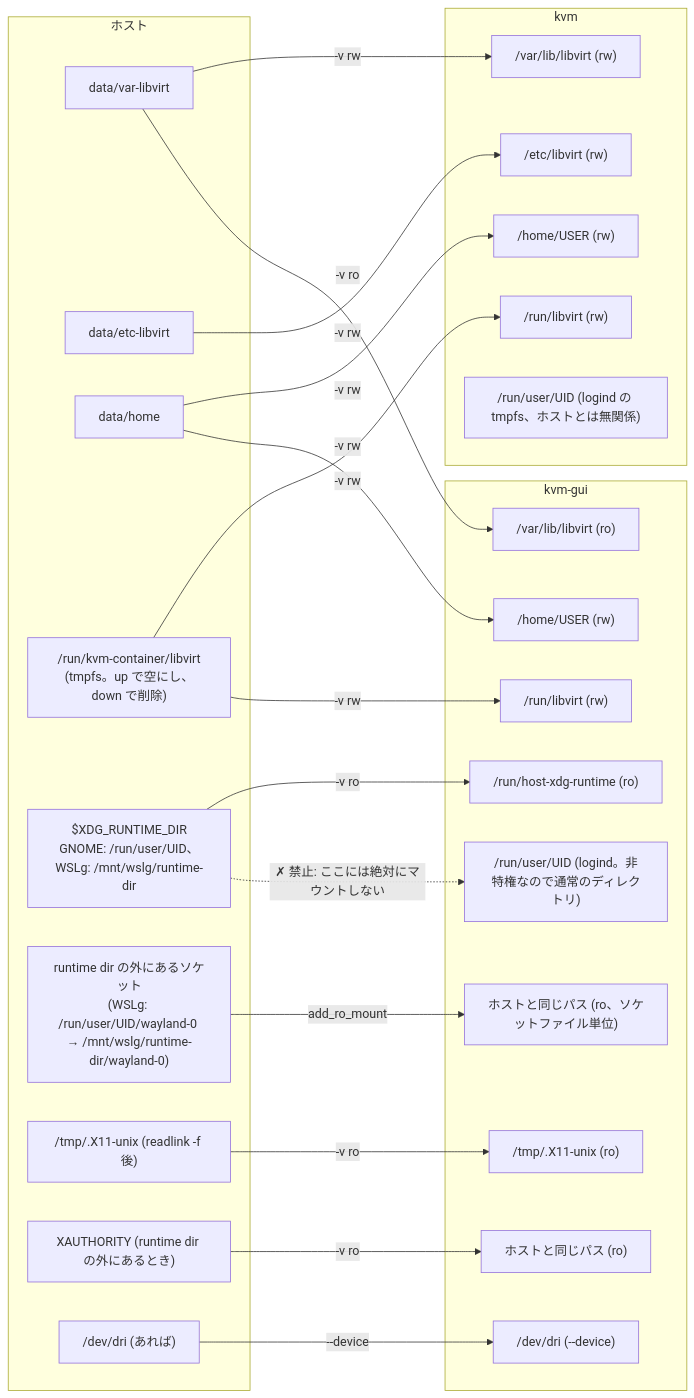
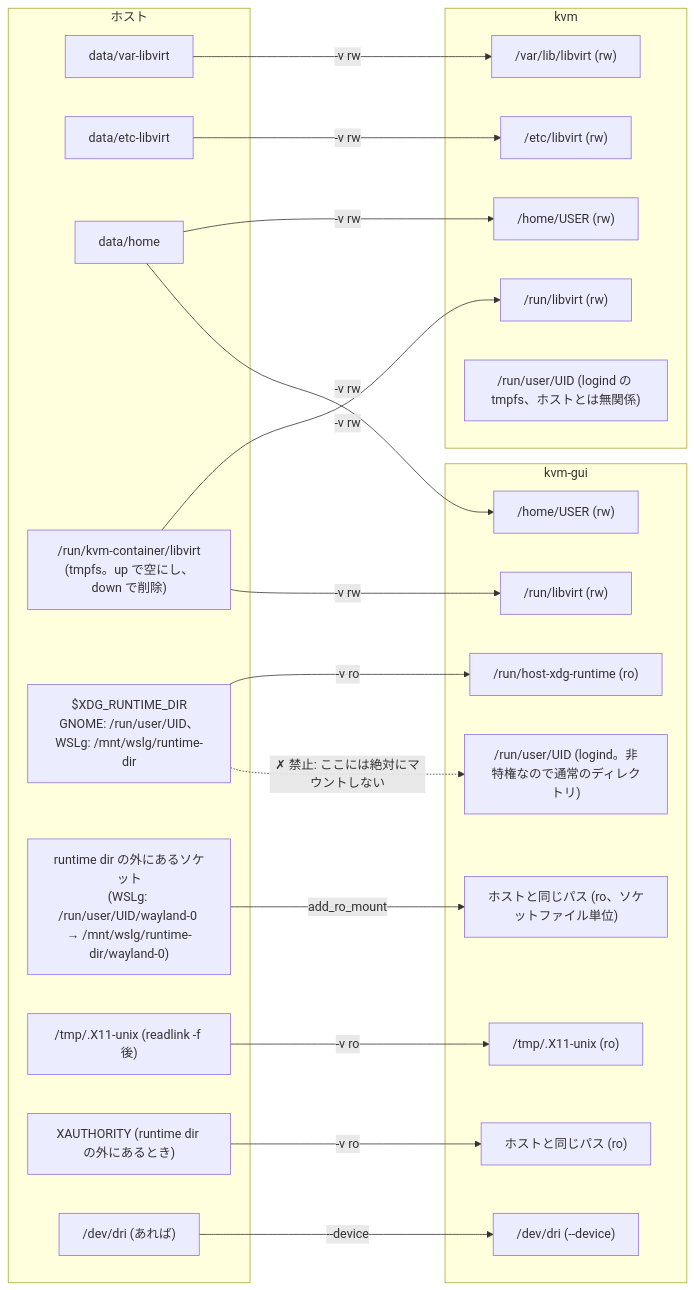
The ninth of 22 diagrams in docs/SPEC.md (ryo-aoki-pc/kvm-container), drawn with Mermaid before and after one commit. The commit also changed other lines of this file and 6 other files, not shown here.

````diff
--- a/docs/SPEC.md
+++ b/docs/SPEC.md
@@ -520,45 +518,43 @@
 ```mermaid
 flowchart LR
   subgraph h ["ホスト"]
     d1["data/var-libvirt"]
     d2["data/etc-libvirt"]
     d3["data/home"]
     rl["/run/kvm-container/libvirt<br/>(tmpfs。up で空にし、down で削除)"]
     rt["$XDG_RUNTIME_DIR<br/>GNOME: /run/user/UID、WSLg: /mnt/wslg/runtime-dir"]
     wlout["runtime dir の外にあるソケット<br/>(WSLg: /run/user/UID/wayland-0 → /mnt/wslg/runtime-dir/wayland-0)"]
     x11["/tmp/.X11-unix (readlink -f 後)"]
     xauth["XAUTHORITY (runtime dir の外にあるとき)"]
     dri["/dev/dri (あれば)"]
   end
   subgraph k ["kvm"]
     k1["/var/lib/libvirt (rw)"]
     k2["/etc/libvirt (rw)"]
     k3["/home/USER (rw)"]
     k4["/run/libvirt (rw)"]
     ku["/run/user/UID (logind の tmpfs、ホストとは無関係)"]
   end
   subgraph g ["kvm-gui"]
-    g1["/var/lib/libvirt (ro)"]
     g3["/home/USER (rw)"]
     g4["/run/libvirt (rw)"]
     crt["/run/host-xdg-runtime (ro)"]
     cwl["ホストと同じパス (ro、ソケットファイル単位)"]
     cx11["/tmp/.X11-unix (ro)"]
     cxa["ホストと同じパス (ro)"]
     cdri["/dev/dri (--device)"]
     gu["/run/user/UID (logind。非特権なので通常のディレクトリ)"]
   end
   d1 -->|"-v rw"| k1
-  d1 -->|"-v ro"| g1
   d2 -->|"-v rw"| k2
   d3 -->|"-v rw"| k3
   d3 -->|"-v rw"| g3
   rl -->|"-v rw"| k4
   rl -->|"-v rw"| g4
   rt -->|"-v ro"| crt
   wlout -->|"add_ro_mount"| cwl
   x11 -->|"-v ro"| cx11
   xauth -->|"-v ro"| cxa
   dri -->|"--device"| cdri
   rt -.->|"✗ 禁止: ここには絶対にマウントしない"| gu
 ```
````
